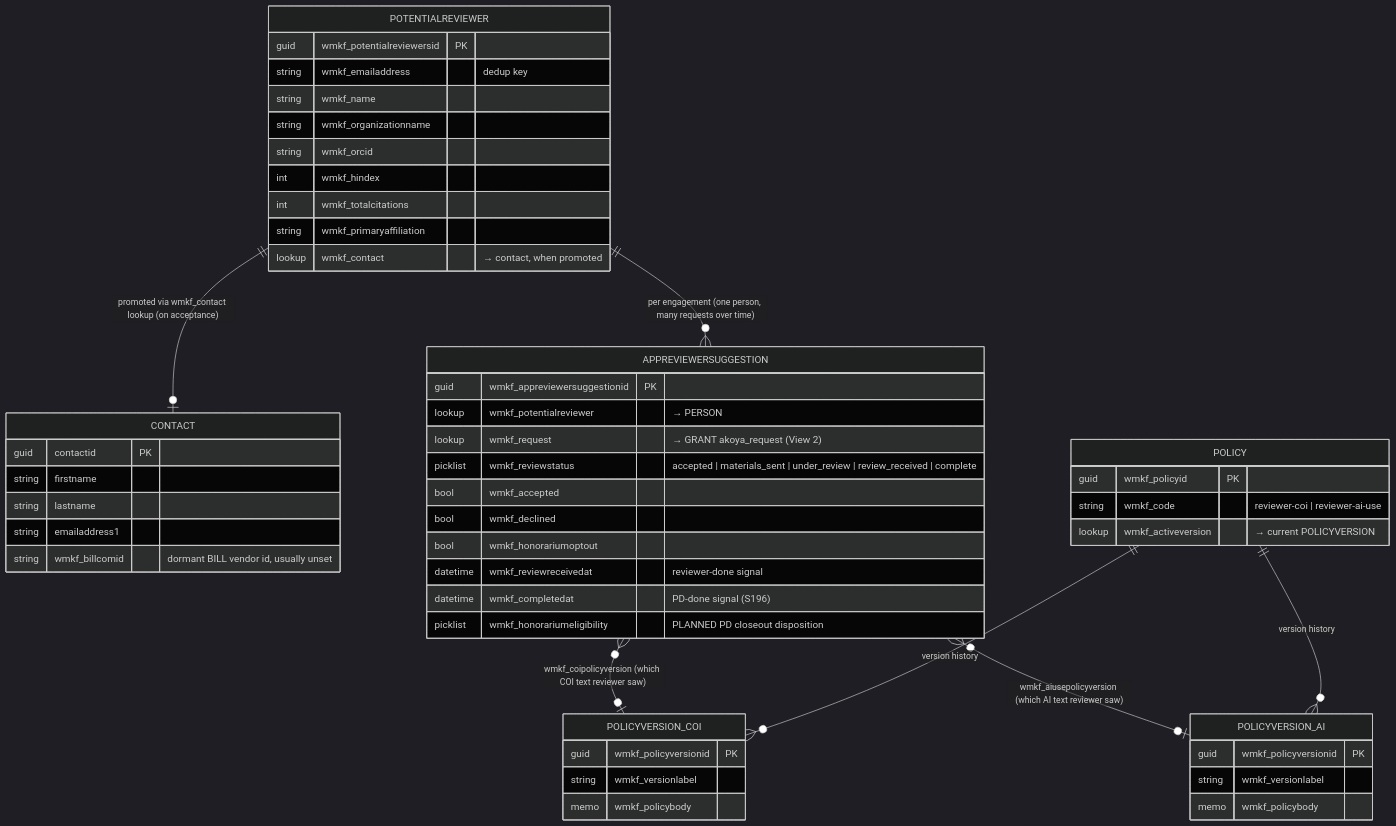
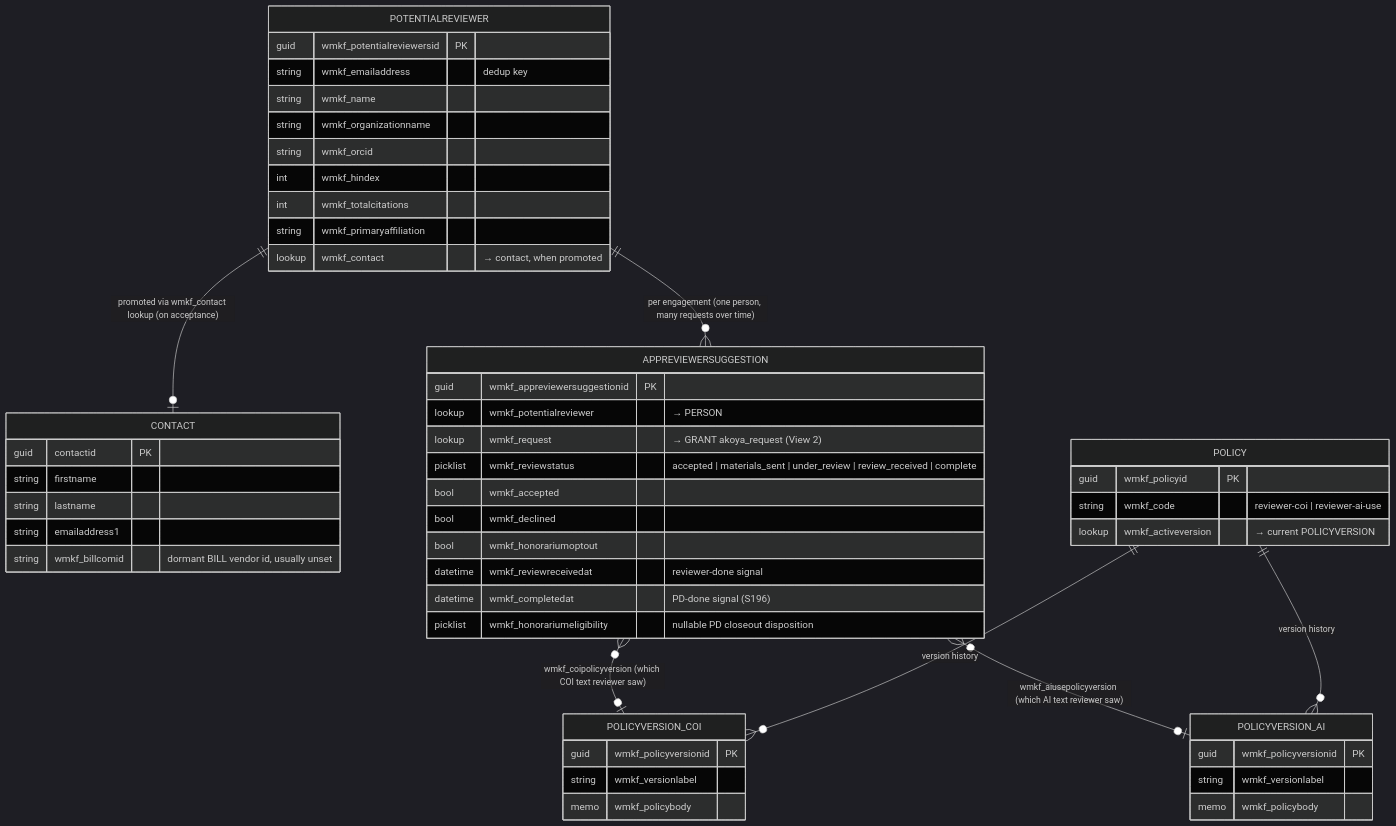
One commit to justingallivan/wmkf-research-apps changed the first of 3 diagrams in docs/REVIEWER_DATA_MODEL.md. Above: the diagram before and after it, drawn with Mermaid (dark theme). The commit also changed other lines of this file and 43 other files, not shown here.

````diff
--- a/docs/REVIEWER_DATA_MODEL.md
+++ b/docs/REVIEWER_DATA_MODEL.md
@@ -85,56 +86,56 @@
 ```mermaid
 erDiagram
     POTENTIALREVIEWER ||--o| CONTACT : "promoted via wmkf_contact lookup (on acceptance)"
     POTENTIALREVIEWER ||--o{ APPREVIEWERSUGGESTION : "per engagement (one person, many requests over time)"
 
     APPREVIEWERSUGGESTION }o--o| POLICYVERSION_COI : "wmkf_coipolicyversion (which COI text reviewer saw)"
     APPREVIEWERSUGGESTION }o--o| POLICYVERSION_AI  : "wmkf_aiusepolicyversion (which AI text reviewer saw)"
     POLICY ||--o{ POLICYVERSION_COI : "version history"
     POLICY ||--o{ POLICYVERSION_AI  : "version history"
 
     POTENTIALREVIEWER {
         guid wmkf_potentialreviewersid PK
         string wmkf_emailaddress "dedup key"
         string wmkf_name
         string wmkf_organizationname
         string wmkf_orcid
         int    wmkf_hindex
         int    wmkf_totalcitations
         string wmkf_primaryaffiliation
         lookup wmkf_contact "→ contact, when promoted"
     }
     CONTACT {
         guid contactid PK
         string firstname
         string lastname
         string emailaddress1
         string wmkf_billcomid "dormant BILL vendor id, usually unset"
     }
     APPREVIEWERSUGGESTION {
         guid wmkf_appreviewersuggestionid PK
         lookup wmkf_potentialreviewer "→ PERSON"
         lookup wmkf_request "→ GRANT akoya_request (View 2)"
         picklist wmkf_reviewstatus "accepted | materials_sent | under_review | review_received | complete"
         bool wmkf_accepted
         bool wmkf_declined
         bool wmkf_honorariumoptout
         datetime wmkf_reviewreceivedat "reviewer-done signal"
         datetime wmkf_completedat "PD-done signal (S196)"
-        picklist wmkf_honorariumeligibility "PLANNED PD closeout disposition"
+        picklist wmkf_honorariumeligibility "nullable PD closeout disposition"
     }
     POLICY {
         guid wmkf_policyid PK
         string wmkf_code "reviewer-coi | reviewer-ai-use"
         lookup wmkf_activeversion "→ current POLICYVERSION"
     }
     POLICYVERSION_COI {
         guid wmkf_policyversionid PK
         string wmkf_versionlabel
         memo wmkf_policybody
     }
     POLICYVERSION_AI {
         guid wmkf_policyversionid PK
         string wmkf_versionlabel
         memo wmkf_policybody
     }
 ```
````
